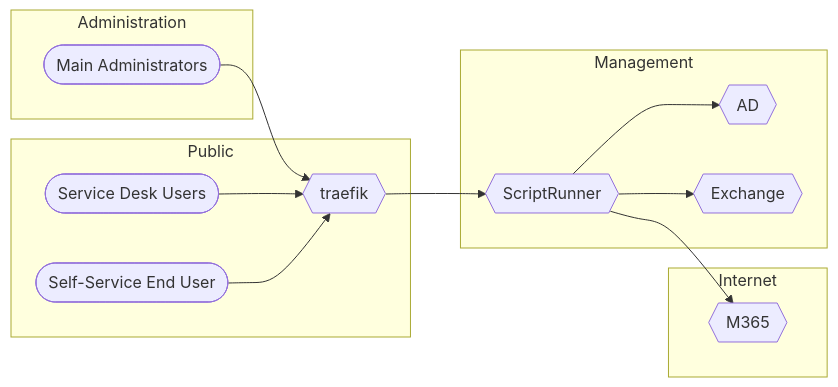
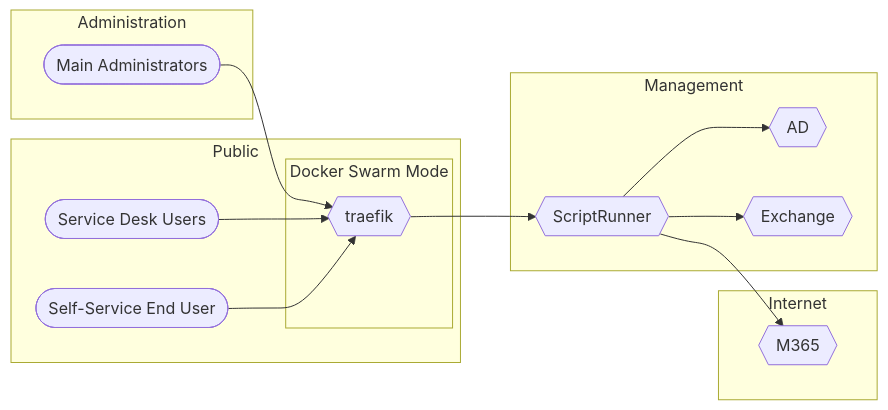
The diagram in ScriptRunner/ReverseProxy/README.md (falkheiland/Presentations), drawn with Mermaid before and after one commit.

Commit message:
added subgraph docker swarm mode

````diff
--- a/ScriptRunner/ReverseProxy/README.md
+++ b/ScriptRunner/ReverseProxy/README.md
@@ -23,35 +23,37 @@
 ```mermaid
 graph LR
   
   subgraph Management;
   SR{{ScriptRunner}}
   AD{{AD}}
   Exchange{{Exchange}}
   end
 
   subgraph Internet;
   M365{{M365}}
   end
 
   subgraph Administration;
   Admin([Main Administrators])
   end
 
   subgraph Public;
-  ReverseProxy{{traefik}}
+  subgraph Docker Swarm Mode;
+    ReverseProxy{{traefik}}
+  end
   Service([Service Desk Users])
   User([Self-Service End User])
   end
 
 
   ReverseProxy-->SR;
   Admin-->ReverseProxy;
   
   Service--> ReverseProxy;
   User-->ReverseProxy;
 
   SR-->AD;
   SR-->Exchange;
   SR-->M365;
 
 ```
````
